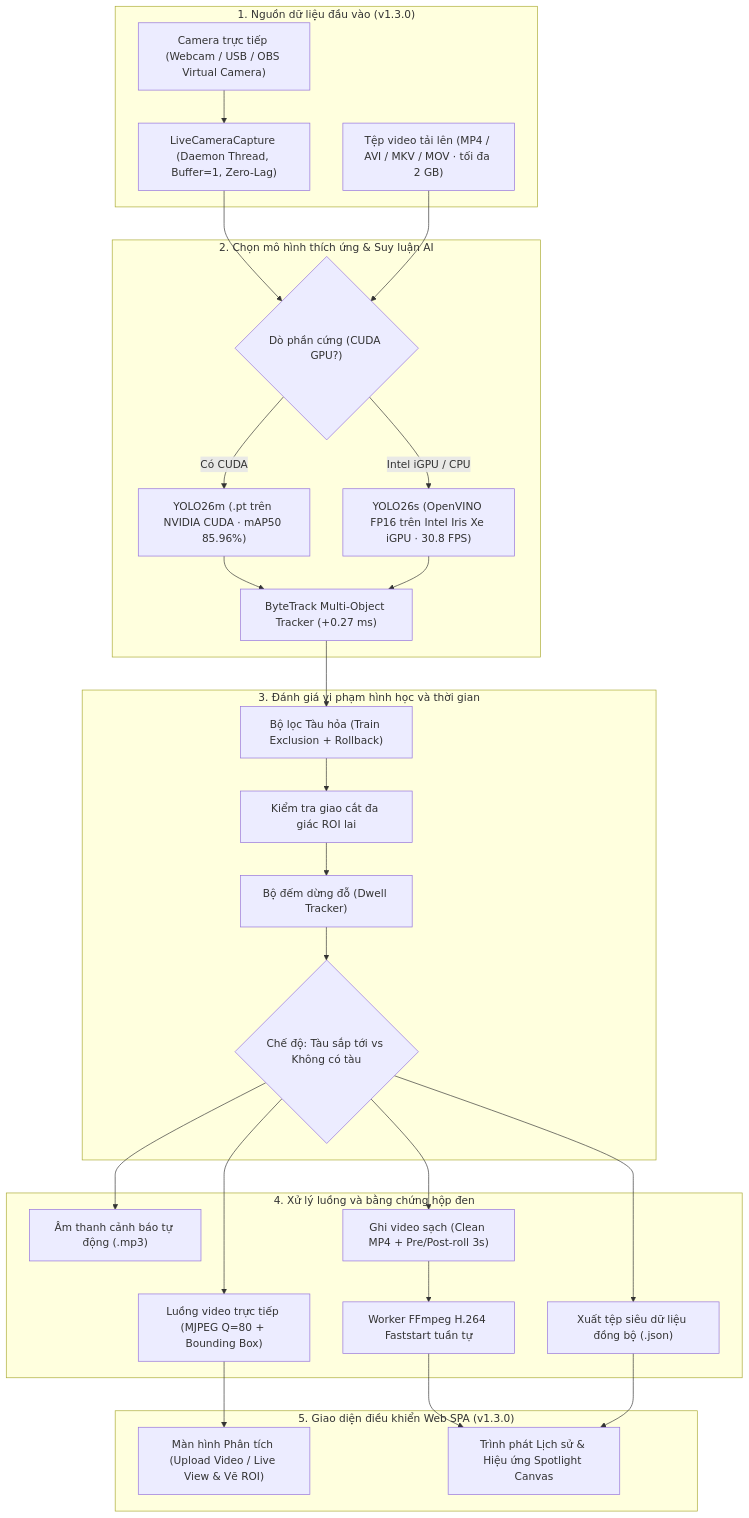
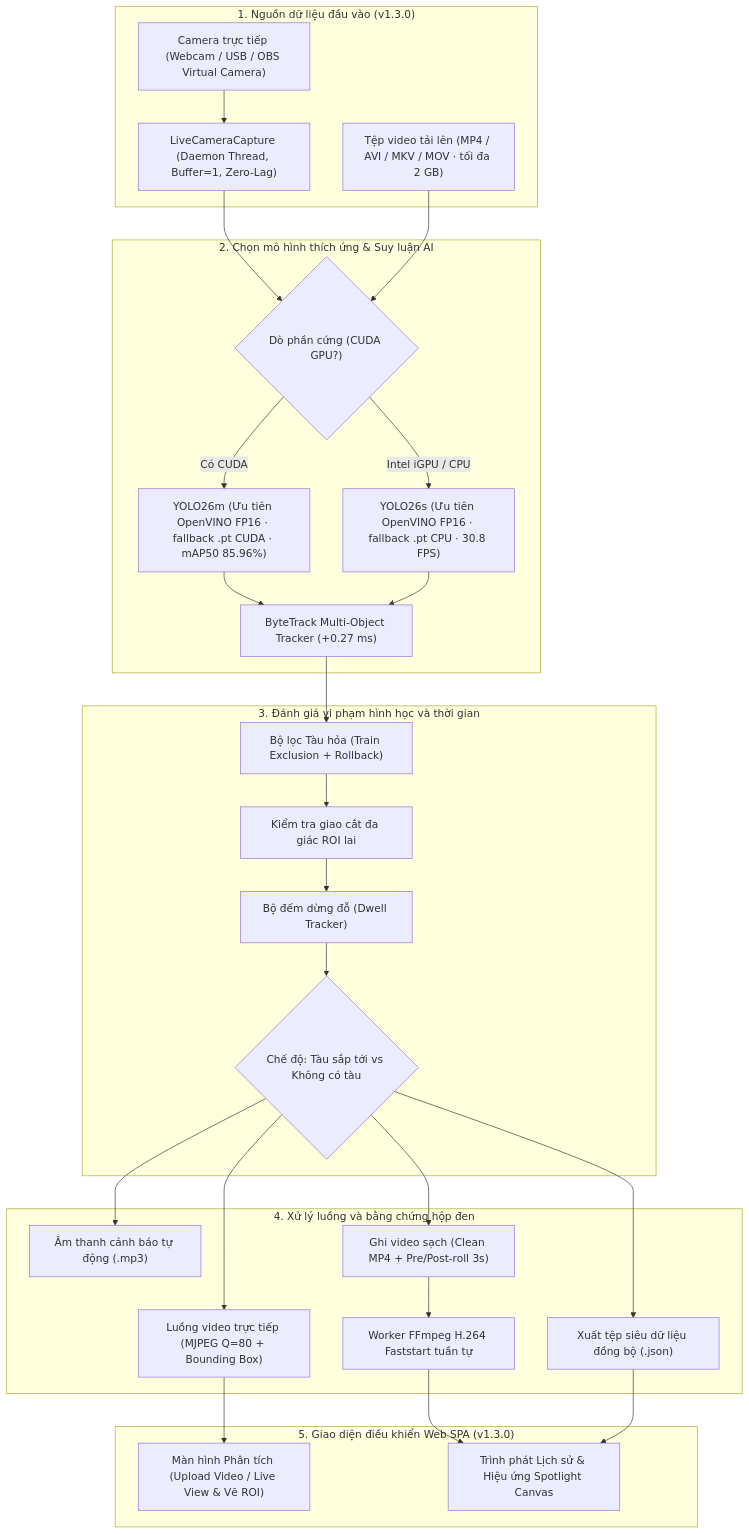
One commit to LamTDHE186036/Application-of-Computer-Vision-in-Railway-Safety-Surveillance-and-Intrusion-Detection changed the diagram in README.md. Above: the diagram before and after it, drawn with Mermaid. The commit also changed other lines of this file and 2 other files, not shown here.

Commit message:
refactor(detector): prioritize OpenVINO for both YOLO26s and YOLO26m with .pt fallback

````diff
--- a/README.md
+++ b/README.md
@@ -89,45 +89,45 @@
 ```mermaid
 flowchart TD
     subgraph INPUT ["1. Nguồn dữ liệu đầu vào (v1.3.0)"]
         CAM["Camera trực tiếp (Webcam / USB / OBS Virtual Camera)"]
         FILE["Tệp video tải lên (MP4 / AVI / MKV / MOV · tối đa 2 GB)"]
         CAP["LiveCameraCapture (Daemon Thread, Buffer=1, Zero-Lag)"]
     end
 
     subgraph INFERENCE ["2. Chọn mô hình thích ứng & Suy luận AI"]
         HW{"Dò phần cứng (CUDA GPU?)"}
-        M26["YOLO26m (.pt trên NVIDIA CUDA · mAP50 85.96%)"]
-        S26["YOLO26s (OpenVINO FP16 trên Intel Iris Xe iGPU · 30.8 FPS)"]
+        M26["YOLO26m (Ưu tiên OpenVINO FP16 · fallback .pt CUDA · mAP50 85.96%)"]
+        S26["YOLO26s (Ưu tiên OpenVINO FP16 · fallback .pt CPU · 30.8 FPS)"]
         BT["ByteTrack Multi-Object Tracker (+0.27 ms)"]
     end
 
     subgraph EVALUATION ["3. Đánh giá vi phạm hình học và thời gian"]
         TF["Bộ lọc Tàu hỏa (Train Exclusion + Rollback)"]
         ROI["Kiểm tra giao cắt đa giác ROI lai"]
         DWELL["Bộ đếm dừng đỗ (Dwell Tracker)"]
         MODE{"Chế độ: Tàu sắp tới vs Không có tàu"}
     end
 
     subgraph OUTPUT ["4. Xử lý luồng và bằng chứng hộp đen"]
         STREAM["Luồng video trực tiếp (MJPEG Q=80 + Bounding Box)"]
         AUDIO["Âm thanh cảnh báo tự động (.mp3)"]
         REC["Ghi video sạch (Clean MP4 + Pre/Post-roll 3s)"]
         META["Xuất tệp siêu dữ liệu đồng bộ (.json)"]
         FFMPEG["Worker FFmpeg H.264 Faststart tuần tự"]
     end
 
     subgraph DASHBOARD ["5. Giao diện điều khiển Web SPA (v1.3.0)"]
         LIVE_VIEW["Màn hình Phân tích (Upload Video / Live View & Vẽ ROI)"]
         HIST_VIEW["Trình phát Lịch sử & Hiệu ứng Spotlight Canvas"]
     end
 
     CAM --> CAP --> HW
     FILE --> HW
     HW -- "Có CUDA" --> M26 --> BT
     HW -- "Intel iGPU / CPU" --> S26 --> BT
     BT --> TF --> ROI --> DWELL --> MODE
     MODE --> STREAM --> LIVE_VIEW
     MODE --> AUDIO
     MODE --> REC --> FFMPEG --> HIST_VIEW
     MODE --> META --> HIST_VIEW
 ```
````
